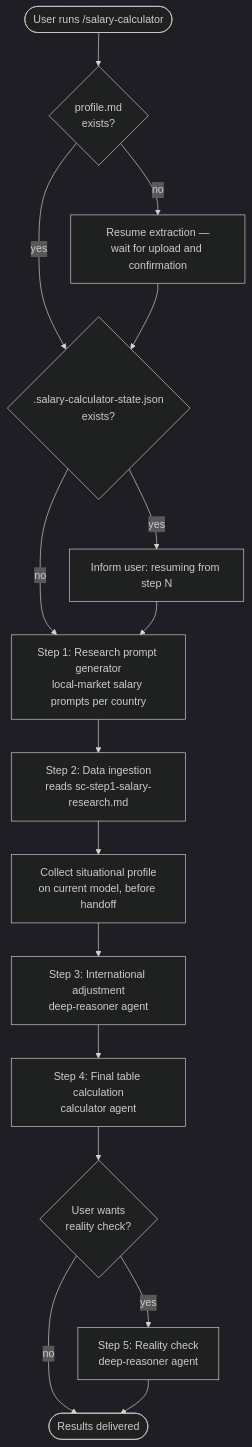
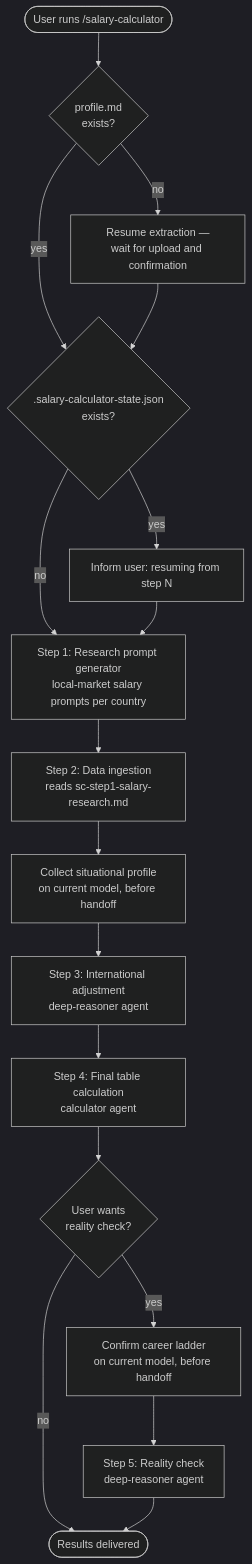
One commit to myowinthein/agent-compass changed the diagram in docs/commands/salary-calculator.md. Above: the diagram before and after it, drawn with Mermaid (dark theme). The commit also changed other lines of this file and 3 other files, not shown here.

First line of the commit message:
fix(salary-calculator): confirm step 5 career ladder before the Opus handoff

````diff
--- a/docs/commands/salary-calculator.md
+++ b/docs/commands/salary-calculator.md
@@ -14,21 +14,22 @@
 ```mermaid
 flowchart TD
   Start([User runs /salary-calculator]) --> Profile{profile.md<br/>exists?}
   Profile -->|no| Extract[Resume extraction —<br/>wait for upload and confirmation]
   Profile -->|yes| State
   Extract --> State
 
   State{.salary-calculator-state.json<br/>exists?} -->|yes| Resume[Inform user: resuming from step N]
   State -->|no| S1
   Resume --> S1
 
   S1[Step 1: Research prompt generator<br/>local-market salary prompts per country] --> S2
   S2[Step 2: Data ingestion<br/>reads sc-step1-salary-research.md] --> S3prep
   S3prep[Collect situational profile<br/>on current model, before handoff] --> S3
   S3[Step 3: International adjustment<br/>deep-reasoner agent] --> S4
   S4[Step 4: Final table calculation<br/>calculator agent] --> RCQ
 
   RCQ{User wants<br/>reality check?} -->|no| Done([Results delivered])
-  RCQ -->|yes| S5[Step 5: Reality check<br/>deep-reasoner agent]
+  RCQ -->|yes| Ladder[Confirm career ladder<br/>on current model, before handoff]
+  Ladder --> S5[Step 5: Reality check<br/>deep-reasoner agent]
   S5 --> Done
 ```
````
